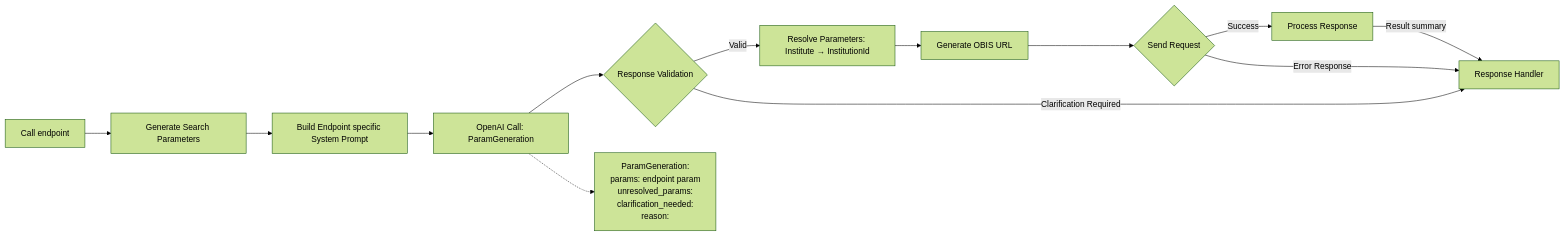
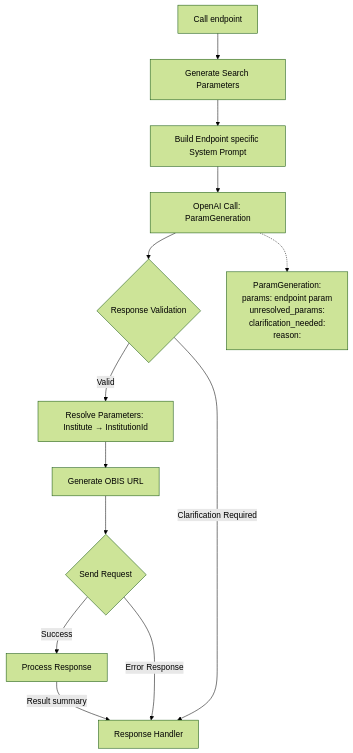
The diagram in README.md (Kamehamehaaaaa/iChatBio-OBIS-agent), drawn with Mermaid (forest theme) before and after one commit.

````diff
--- a/README.md
+++ b/README.md
@@ -30,28 +30,28 @@
 ```mermaid
-flowchart LR
+flowchart TD
     A[Call endpoint] --> B[Generate Search Parameters]
 
     B --> C[Build Endpoint specific System Prompt]
     C --> D[OpenAI Call: ParamGeneration]
 
     D --> E{Response Validation}
 
     E -->|Valid| F[Resolve Parameters: Institute → InstitutionId]
     F --> G[Generate OBIS URL]
     G --> H{Send Request}
 
     H -->|Success| I[Process Response]
     I -->|Result summary| J[Response Handler]
 
     H -->|Error Response| J
     E -->|Clarification Required| J
 
     %% ParamGeneration structure (side node)
     K[ParamGeneration:
     params: endpoint param
     unresolved_params:
     clarification_needed:
     reason:]
     
     D -.-> K
 ```
````
